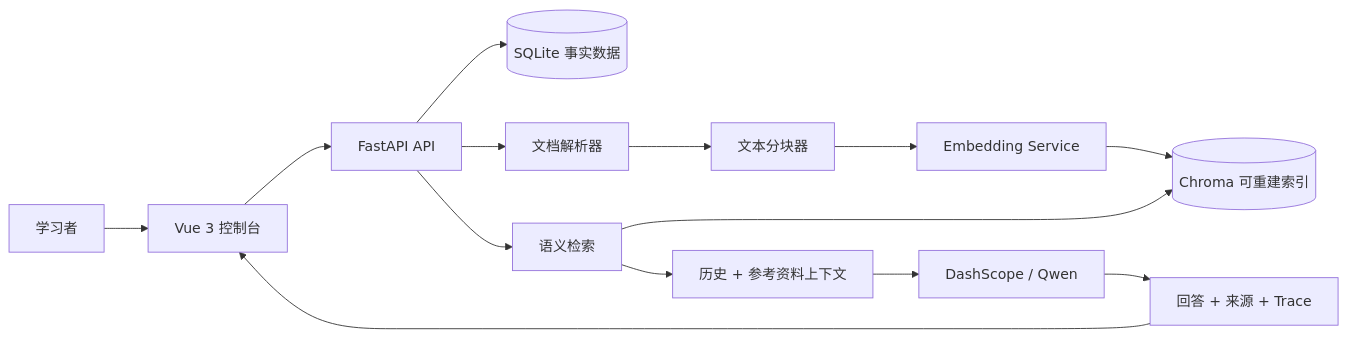
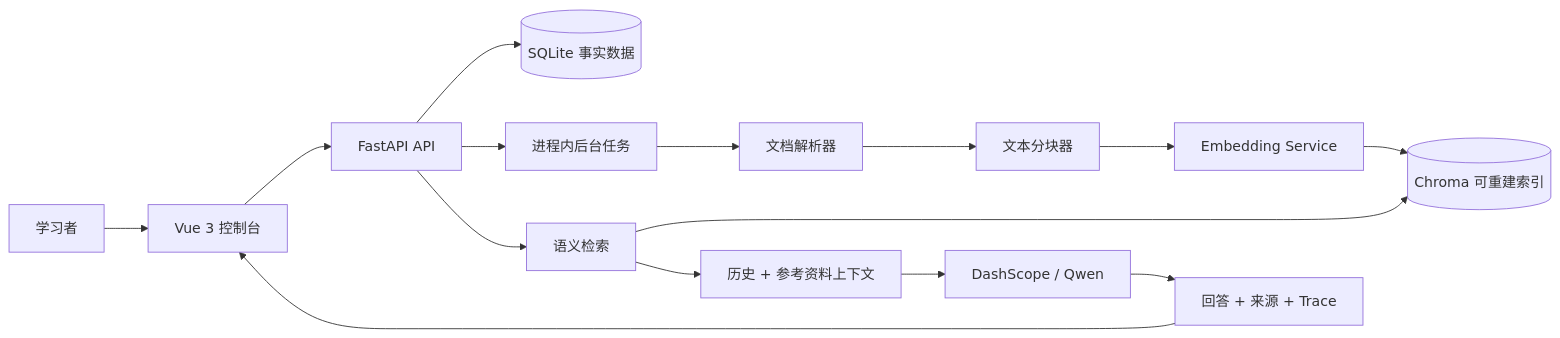
Before and after one commit to LBStruggleee/KnowFlow: the diagram in README.md, drawn with Mermaid. The commit also changed other lines of this file and 1 other file, not shown here.

````diff
--- a/README.md
+++ b/README.md
@@ -50,16 +50,17 @@
 ```mermaid
 flowchart LR
     User[学习者] --> Frontend[Vue 3 控制台]
     Frontend --> API[FastAPI API]
     API --> SQLite[(SQLite 事实数据)]
-    API --> Parser[文档解析器]
+    API --> Job[进程内后台任务]
+    Job --> Parser[文档解析器]
     Parser --> Chunker[文本分块器]
     Chunker --> Embed[Embedding Service]
     Embed --> Chroma[(Chroma 可重建索引)]
     API --> Retrieve[语义检索]
     Retrieve --> Chroma
     Retrieve --> Context[历史 + 参考资料上下文]
     Context --> LLM[DashScope / Qwen]
     LLM --> Result[回答 + 来源 + Trace]
     Result --> Frontend
 ```
````
